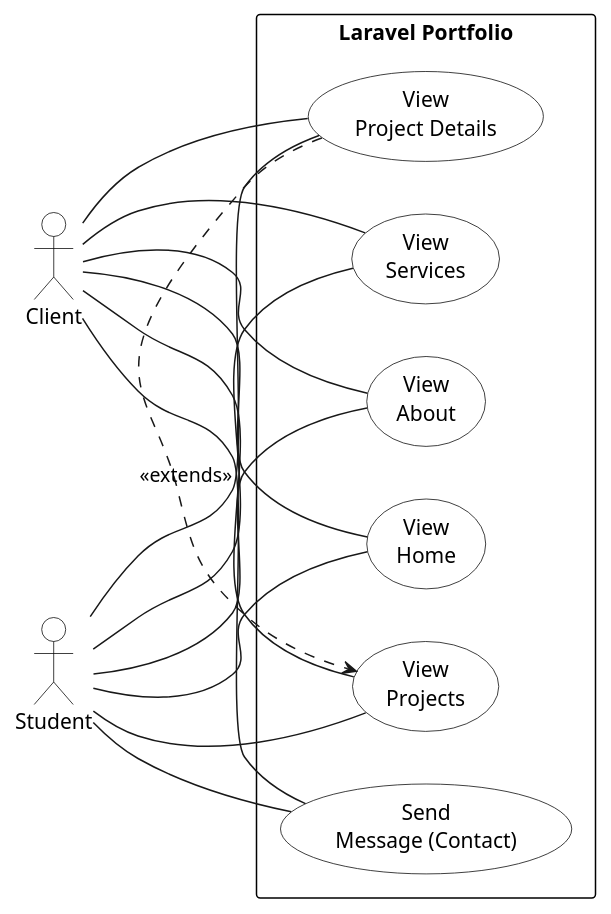
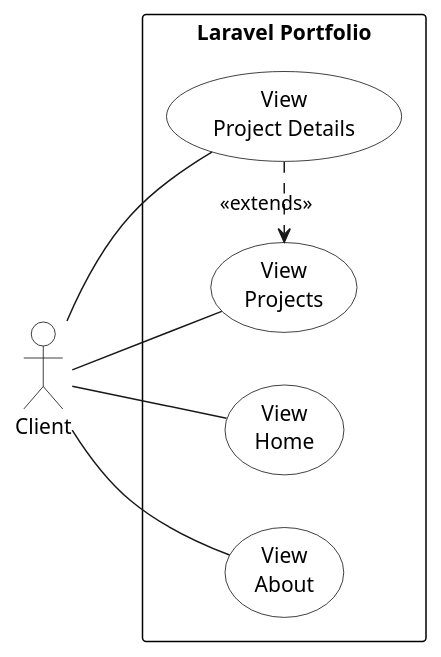
One commit to amine-mohamed77/Portfolio-laravel changed the diagram in Analyse/diagram.puml. Above: the diagram before and after it, drawn with PlantUML. The commit also changed 5 other files, not shown here.

```diff
--- a/Analyse/diagram.puml
+++ b/Analyse/diagram.puml
@@ -1,45 +1,33 @@
 @startuml
 left to right direction
 skinparam packageStyle rectangle
 skinparam usecase {
   BackgroundColor White
   BorderColor Black
 }
 skinparam actor {
   BackgroundColor White
   BorderColor Black
 }
 skinparam rectangle {
   BorderColor Black
 }
 
 actor "Client" as C
-actor "Student" as S
 
 rectangle "Laravel Portfolio" {
   usecase "View\nHome" as UC1
   usecase "View\nAbout" as UC2
   usecase "View\nProjects" as UC3
   usecase "View\nProject Details" as UC4
-  usecase "View\nServices" as UC5
-  usecase "Send\nMessage (Contact)" as UC6
 }
 
 C -- UC1
 C -- UC2
 C -- UC3
 C -- UC4
-C -- UC5
-C -- UC6
-
-S -- UC1
-S -- UC2
-S -- UC3
-S -- UC4
-S -- UC5
-S -- UC6
 
 ' Optional dependency relation
 UC4 .> UC3 : <<extends>>
 
 @enduml
```
